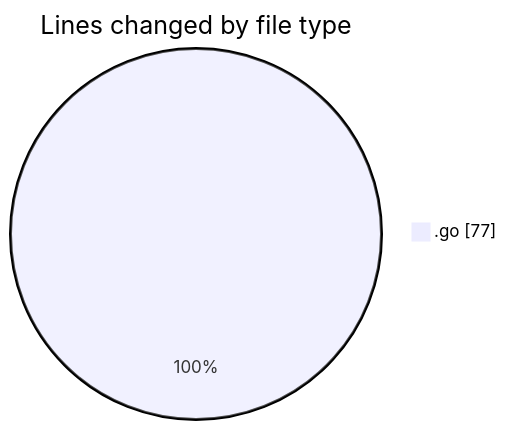
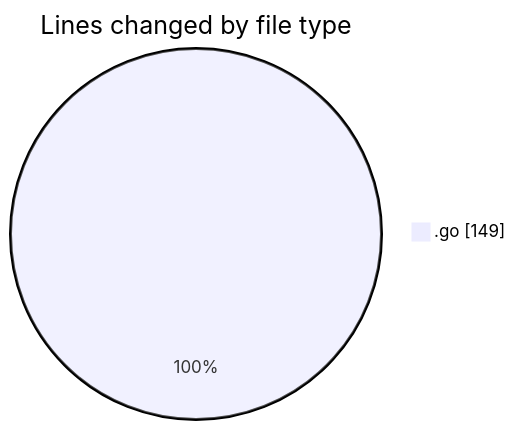
One commit to Ritupan-Deka/code-tracking changed the first of 2 diagrams in 2025-11-25/backend/README.md. Above: the diagram before and after it, drawn with Mermaid. The commit also changed other lines of this file and 1 other file, not shown here.

````diff
--- a/2025-11-25/backend/README.md
+++ b/2025-11-25/backend/README.md
@@ -21,5 +22,5 @@
 ```mermaid
 pie showData
 title Lines changed by file type
-".go" : 77
+".go" : 149
 ```
````
